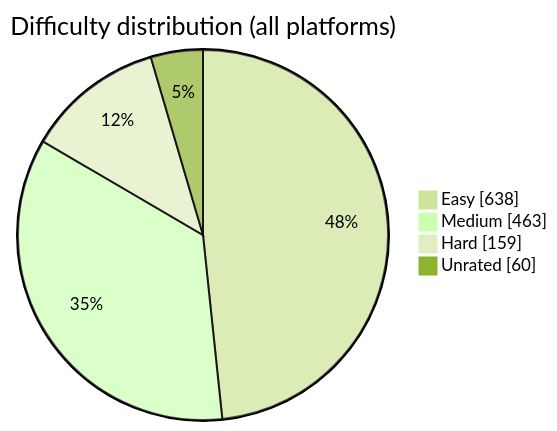
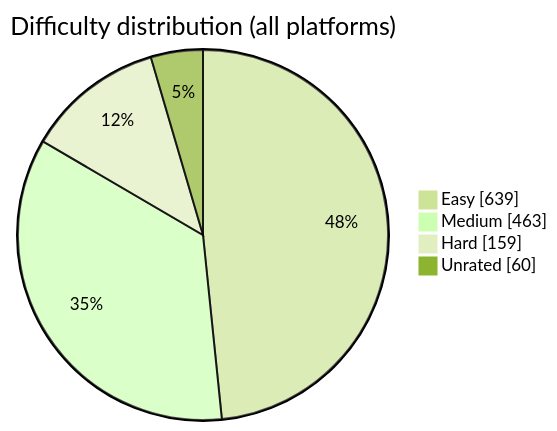
Before and after one commit to BuildbyArindam/Daily-Coding-Log: the diagram in README.md, drawn with Mermaid (forest theme). The commit also changed other lines of this file, not shown here.

````diff
--- a/README.md
+++ b/README.md
@@ -93,7 +93,7 @@
 ```mermaid
 pie showData title Difficulty distribution (all platforms)
-    "Easy" : 638
+    "Easy" : 639
     "Medium" : 463
     "Hard" : 159
     "Unrated" : 60
 ```
````
